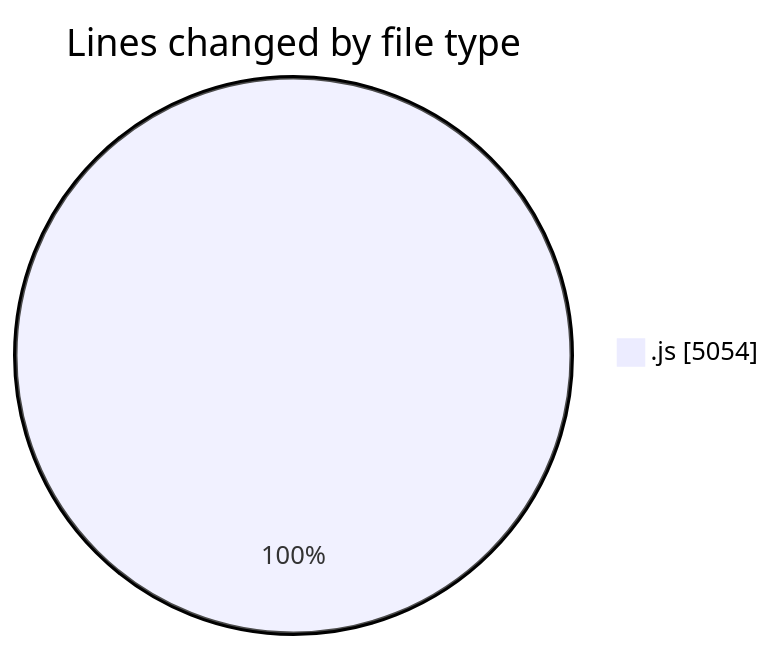
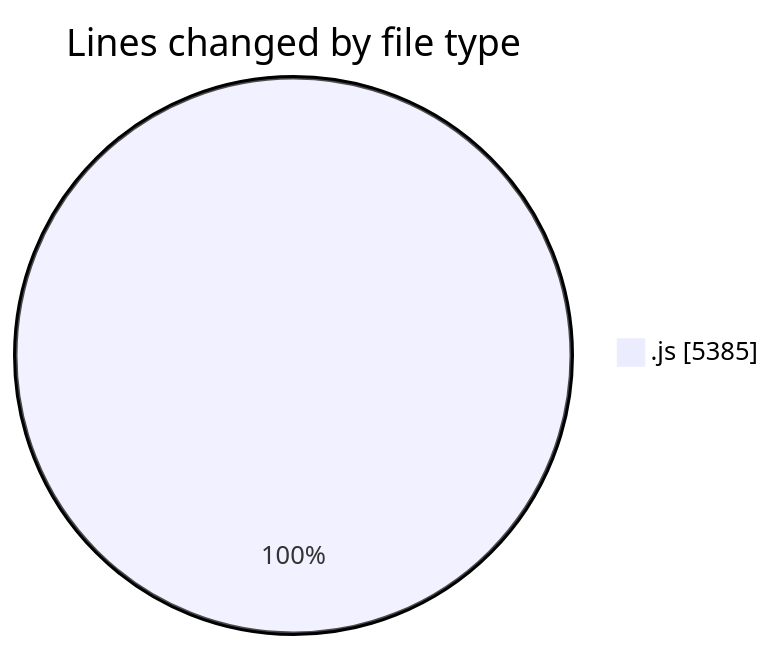
One commit to nxtqubesakshisongat/code-tracking changed the first of 2 diagrams in 2025-10-15/nxtqube_webapp/README.md. Above: the diagram before and after it, drawn with Mermaid. The commit also changed other lines of this file and 1 other file, not shown here.

````diff
--- a/2025-10-15/nxtqube_webapp/README.md
+++ b/2025-10-15/nxtqube_webapp/README.md
@@ -21,5 +21,5 @@
 ```mermaid
 pie showData
 title Lines changed by file type
-".js" : 5054
+".js" : 5385
 ```
````
